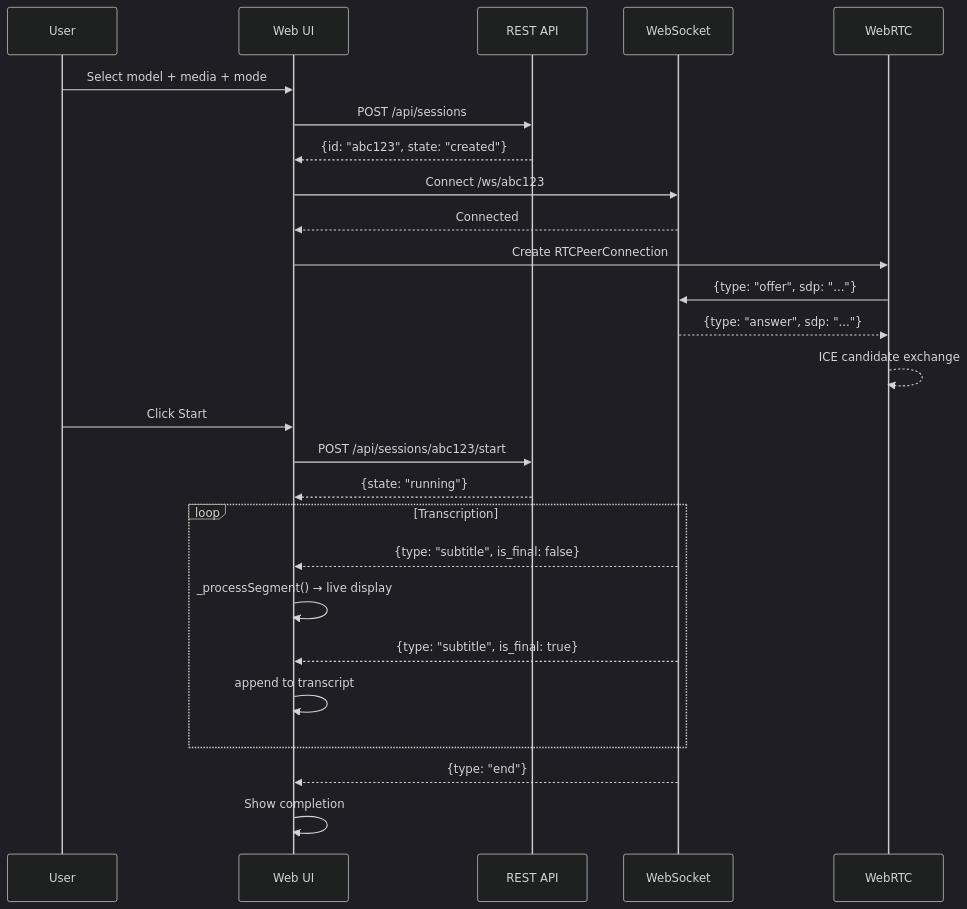
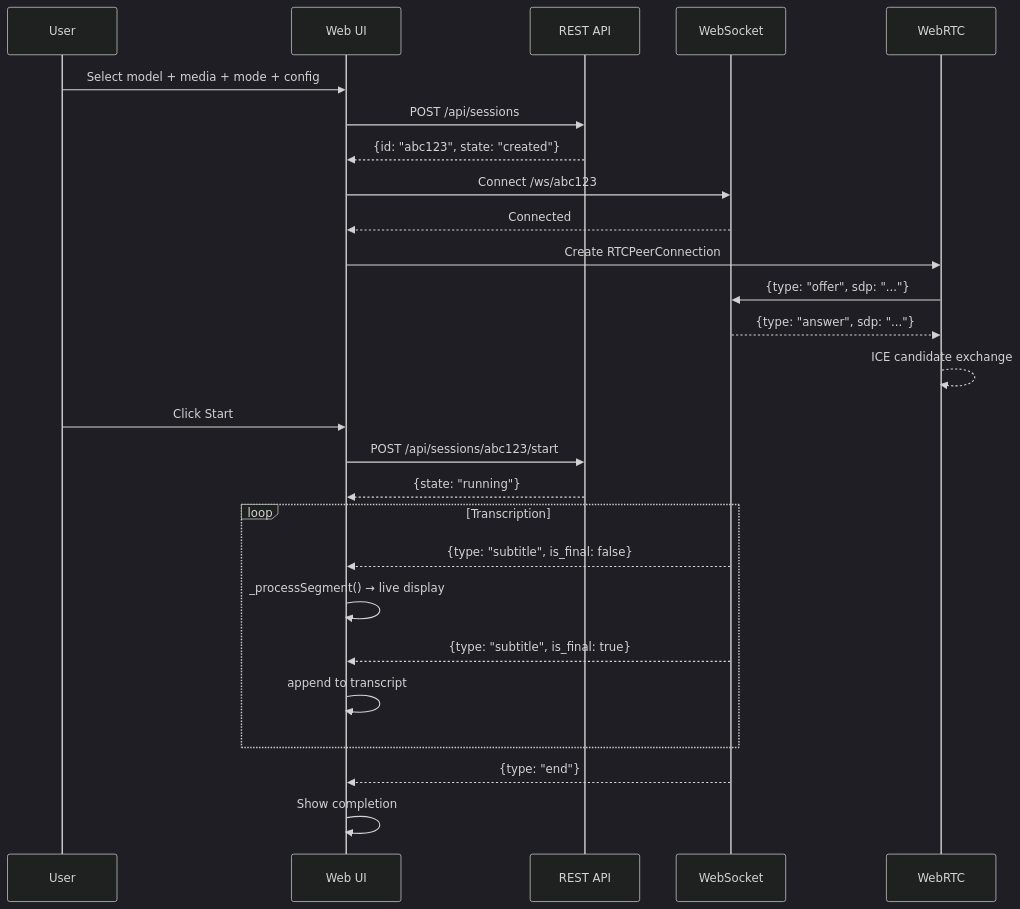
One commit to gjovanov/parakeet-rs changed the second of 4 diagrams in docs/frontend.md. Above: the diagram before and after it, drawn with Mermaid (dark theme). The commit also changed other lines of this file and 3 other files, not shown here.

````diff
--- a/docs/frontend.md
+++ b/docs/frontend.md
@@ -55,34 +55,34 @@
 ```mermaid
 sequenceDiagram
     participant U as User
     participant UI as Web UI
     participant API as REST API
     participant WS as WebSocket
     participant RTC as WebRTC
 
-    U->>UI: Select model + media + mode
+    U->>UI: Select model + media + mode + config
     UI->>API: POST /api/sessions
     API-->>UI: {id: "abc123", state: "created"}
 
     UI->>WS: Connect /ws/abc123
     WS-->>UI: Connected
 
     UI->>RTC: Create RTCPeerConnection
     RTC->>WS: {type: "offer", sdp: "..."}
     WS-->>RTC: {type: "answer", sdp: "..."}
     RTC-->>RTC: ICE candidate exchange
 
     U->>UI: Click Start
     UI->>API: POST /api/sessions/abc123/start
     API-->>UI: {state: "running"}
 
     loop Transcription
         WS-->>UI: {type: "subtitle", is_final: false}
         UI->>UI: _processSegment() → live display
         WS-->>UI: {type: "subtitle", is_final: true}
         UI->>UI: append to transcript
     end
 
     WS-->>UI: {type: "end"}
     UI->>UI: Show completion
 ```
````
